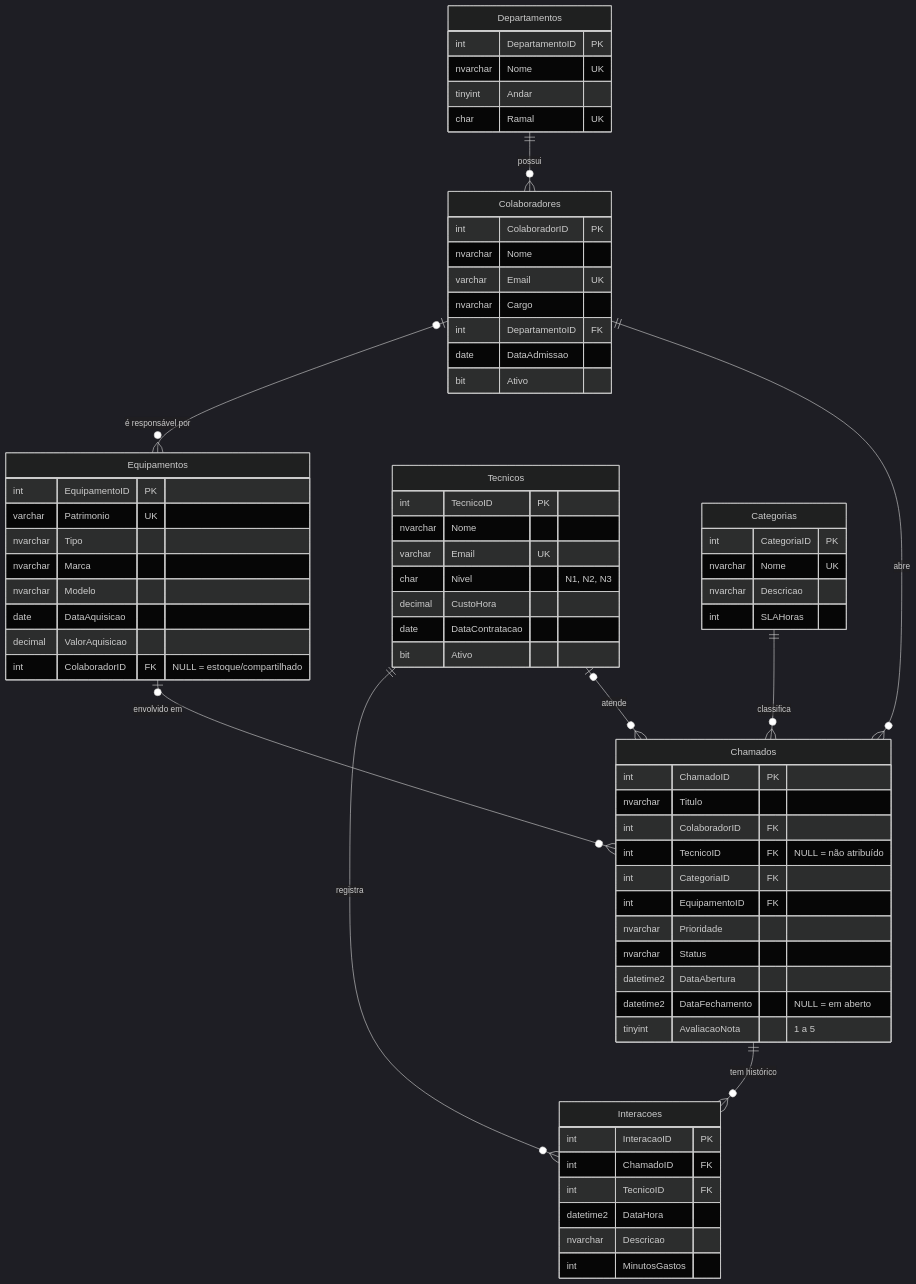
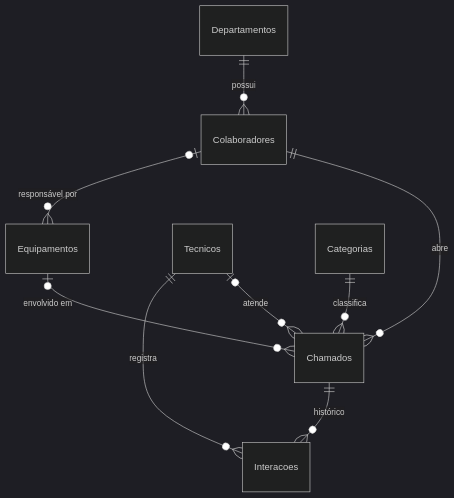
One commit to pedrobarbosaa/sql-helpdesk-estudos changed the diagram in README.md. Above: the diagram before and after it, drawn with Mermaid (dark theme). The commit also changed other lines of this file and 1 other file, not shown here.

````diff
--- a/README.md
+++ b/README.md
@@ -38,73 +13,11 @@
 ```mermaid
 erDiagram
-    Departamentos ||--o{ Colaboradores : "possui"
-    Colaboradores ||--o{ Chamados : "abre"
-    Colaboradores |o--o{ Equipamentos : "é responsável por"
-    Tecnicos |o--o{ Chamados : "atende"
-    Categorias ||--o{ Chamados : "classifica"
+    Departamentos ||--o{ Colaboradores : possui
+    Colaboradores ||--o{ Chamados : abre
+    Colaboradores |o--o{ Equipamentos : "responsável por"
+    Tecnicos |o--o{ Chamados : atende
+    Categorias ||--o{ Chamados : classifica
     Equipamentos |o--o{ Chamados : "envolvido em"
-    Chamados ||--o{ Interacoes : "tem histórico"
-    Tecnicos ||--o{ Interacoes : "registra"
-
-    Departamentos {
-        int DepartamentoID PK
-        nvarchar Nome UK
-        tinyint Andar
-        char Ramal UK
-    }
-    Colaboradores {
-        int ColaboradorID PK
-        nvarchar Nome
-        varchar Email UK
-        nvarchar Cargo
-        int DepartamentoID FK
-        date DataAdmissao
-        bit Ativo
-    }
-    Tecnicos {
-        int TecnicoID PK
-        nvarchar Nome
-        varchar Email UK
-        char Nivel "N1, N2, N3"
-        decimal CustoHora
-        date DataContratacao
-        bit Ativo
-    }
-    Categorias {
-        int CategoriaID PK
-        nvarchar Nome UK
-        nvarchar Descricao
-        int SLAHoras
-    }
-    Equipamentos {
-        int EquipamentoID PK
-        varchar Patrimonio UK
-        nvarchar Tipo
-        nvarchar Marca
-        nvarchar Modelo
-        date DataAquisicao
-        decimal ValorAquisicao
-        int ColaboradorID FK "NULL = estoque/compartilhado"
-    }
-    Chamados {
-        int ChamadoID PK
-        nvarchar Titulo
-        int ColaboradorID FK
-        int TecnicoID FK "NULL = não atribuído"
-        int CategoriaID FK
-        int EquipamentoID FK
-        nvarchar Prioridade
-        nvarchar Status
-        datetime2 DataAbertura
-        datetime2 DataFechamento "NULL = em aberto"
-        tinyint AvaliacaoNota "1 a 5"
-    }
-    Interacoes {
-        int InteracaoID PK
-        int ChamadoID FK
-        int TecnicoID FK
-        datetime2 DataHora
-        nvarchar Descricao
-        int MinutosGastos
-    }
+    Chamados ||--o{ Interacoes : "histórico"
+    Tecnicos ||--o{ Interacoes : registra
 ```
````
